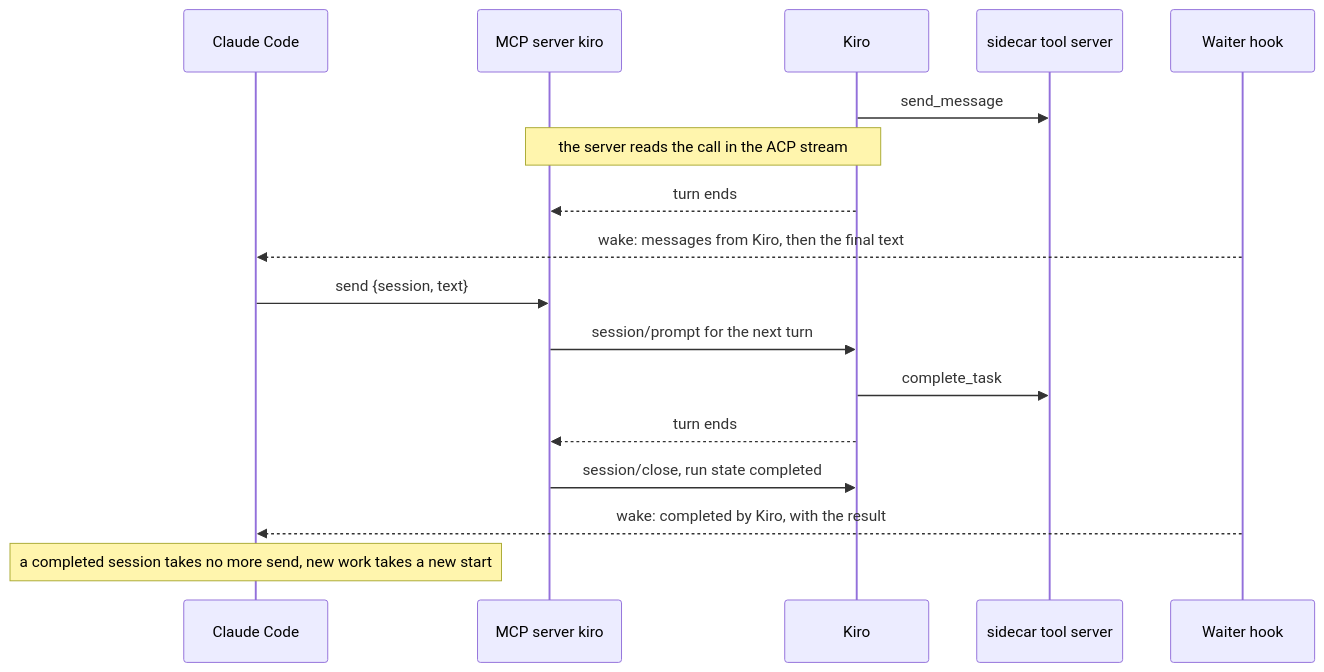
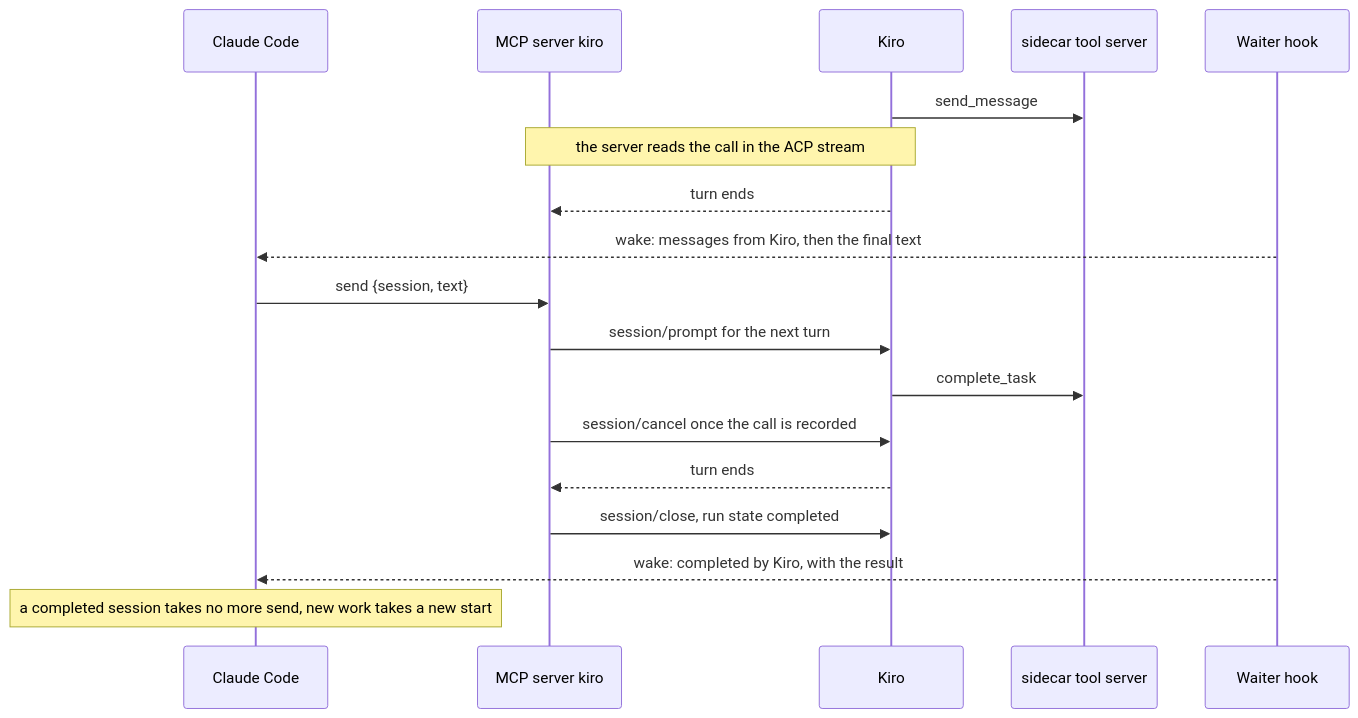
One commit to null-topology/claude-plugins changed the third of 7 diagrams in plugins/kiro-sidecar/README.md. Above: the diagram before and after it, drawn with Mermaid. The commit also changed other lines of this file and 14 other files, not shown here.

First line of the commit message:
fix(kiro-sidecar): end the turn once complete_task is recorded

````diff
--- a/plugins/kiro-sidecar/README.md
+++ b/plugins/kiro-sidecar/README.md
@@ -108,19 +108,20 @@
 ```mermaid
 sequenceDiagram
   participant C as Claude Code
   participant S as MCP server kiro
   participant K as Kiro
   participant T as sidecar tool server
   participant W as Waiter hook
   K->>T: send_message
   Note over S,K: the server reads the call in the ACP stream
   K-->>S: turn ends
   W-->>C: wake: messages from Kiro, then the final text
   C->>S: send {session, text}
   S->>K: session/prompt for the next turn
   K->>T: complete_task
+  S->>K: session/cancel once the call is recorded
   K-->>S: turn ends
   S->>K: session/close, run state completed
   W-->>C: wake: completed by Kiro, with the result
   Note over C: a completed session takes no more send, new work takes a new start
 ```
````
